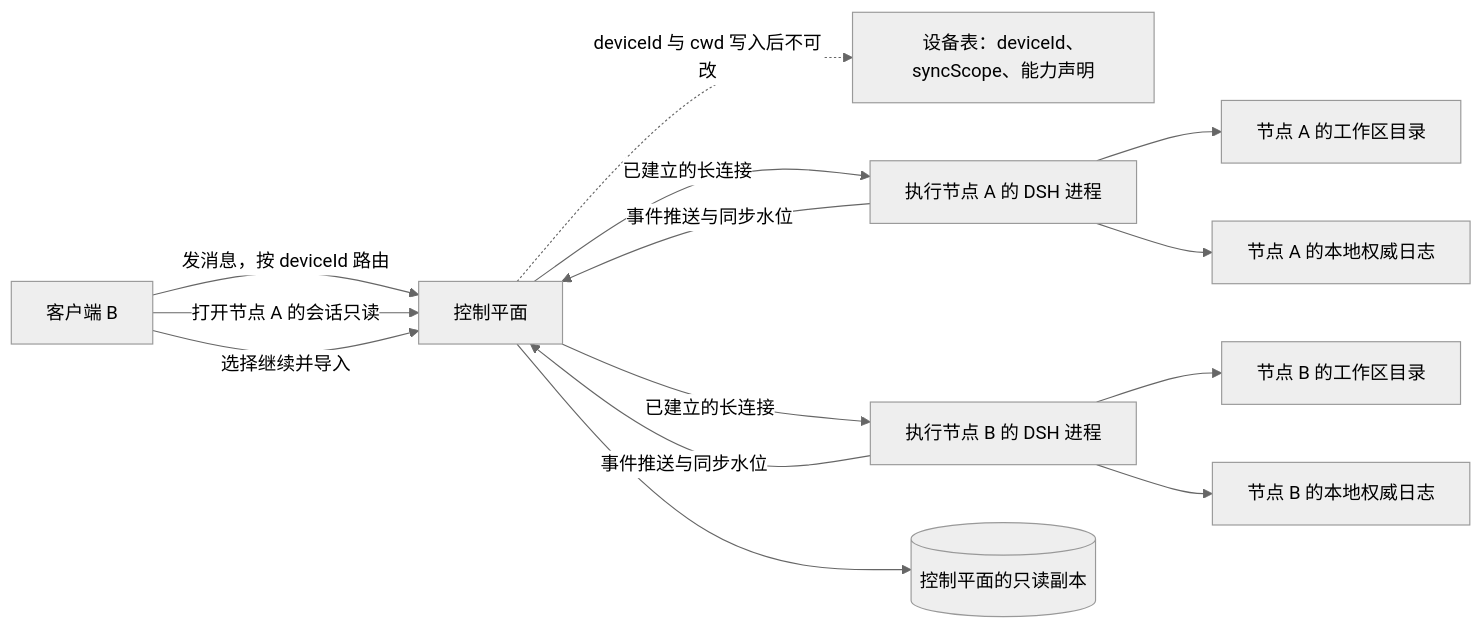
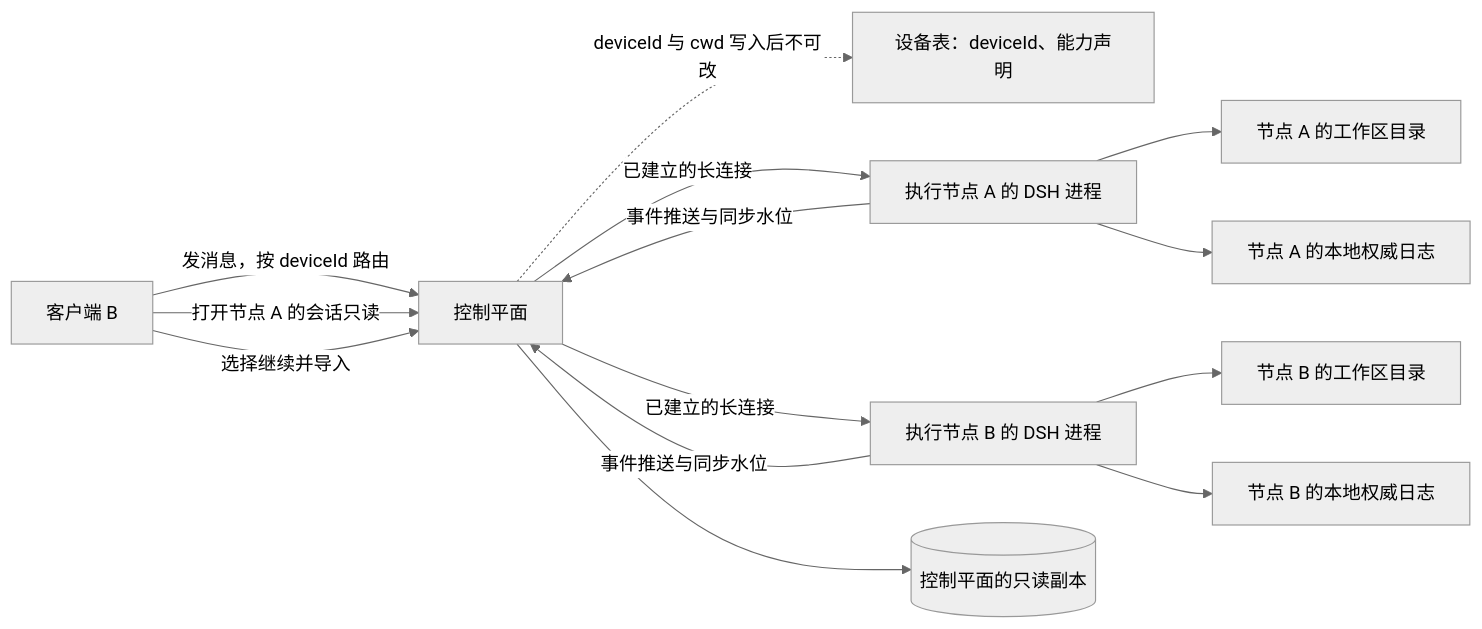
Diagram 13 of 17 in runtime/docs/architecture-diagram.md (wenzetan/chatdsh), drawn with Mermaid (neutral theme) before and after one commit. The commit also changed other lines of this file and 144 other files, not shown here.

First line of the commit message:
✨ feat(gateway): 以设备归属重建控制平面，交付设备链路与设置同步 / rebuild the control plane around device ownership with device link and settings sync

````diff
--- a/runtime/docs/architecture-diagram.md
+++ b/runtime/docs/architecture-diagram.md
@@ -392,26 +382,26 @@
 ```mermaid
 flowchart LR
   GW2["控制平面"]
-  DEVD["设备表：deviceId、syncScope、能力声明"]
+  DEVD["设备表：deviceId、能力声明"]
   CL2["客户端 B"]
   RA["执行节点 A 的 DSH 进程"]
   WA["节点 A 的工作区目录"]
   LA["节点 A 的本地权威日志"]
   RB["执行节点 B 的 DSH 进程"]
   WB["节点 B 的工作区目录"]
   LB["节点 B 的本地权威日志"]
   CP2[("控制平面的只读副本")]
   CL2 -->|"发消息，按 deviceId 路由"| GW2
   CL2 -->|"打开节点 A 的会话只读"| GW2
   CL2 -->|"选择继续并导入"| GW2
   GW2 -->|"已建立的长连接"| RA
   GW2 -->|"已建立的长连接"| RB
   RA -->|"事件推送与同步水位"| GW2
   RB -->|"事件推送与同步水位"| GW2
   GW2 --> CP2
   RA --> WA
   RA --> LA
   RB --> WB
   RB --> LB
   GW2 -.->|"deviceId 与 cwd 写入后不可改"| DEVD
 ```
````
